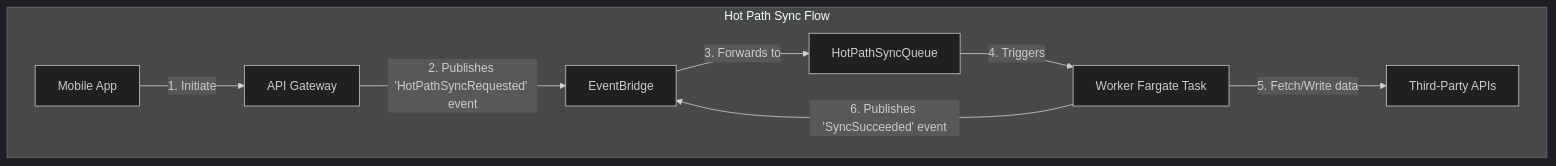
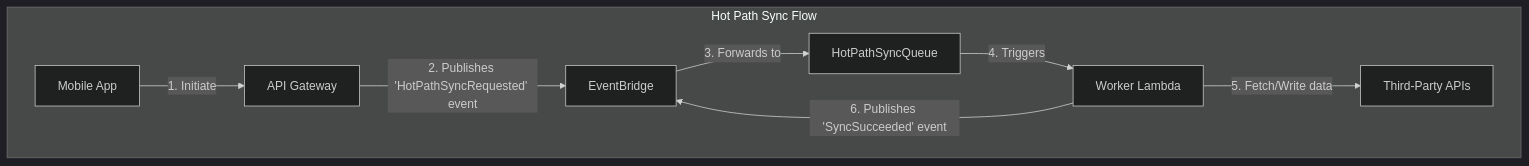
Before and after one commit to dino10bit/healthsync: the eighth of 11 diagrams in docs/architecture/06-technical-architecture.md, drawn with Mermaid (dark theme). The commit also changed other lines of this file and 11 other files, not shown here.

````diff
--- a/docs/architecture/06-technical-architecture.md
+++ b/docs/architecture/06-technical-architecture.md
@@ -1155,11 +1118,11 @@
 ```mermaid
 graph TD
     subgraph "Hot Path Sync Flow"
         A[Mobile App] -- 1. Initiate --> B[API Gateway]
         B -- 2. Publishes 'HotPathSyncRequested' event --> C[EventBridge]
         C -- 3. Forwards to --> SQS[HotPathSyncQueue]
-        SQS -- 4. Triggers --> D[Worker Fargate Task]
+        SQS -- 4. Triggers --> D[Worker Lambda]
         D -- 5. Fetch/Write data --> E[Third-Party APIs]
         D -- 6. Publishes 'SyncSucceeded' event --> C
     end
 ```
````
